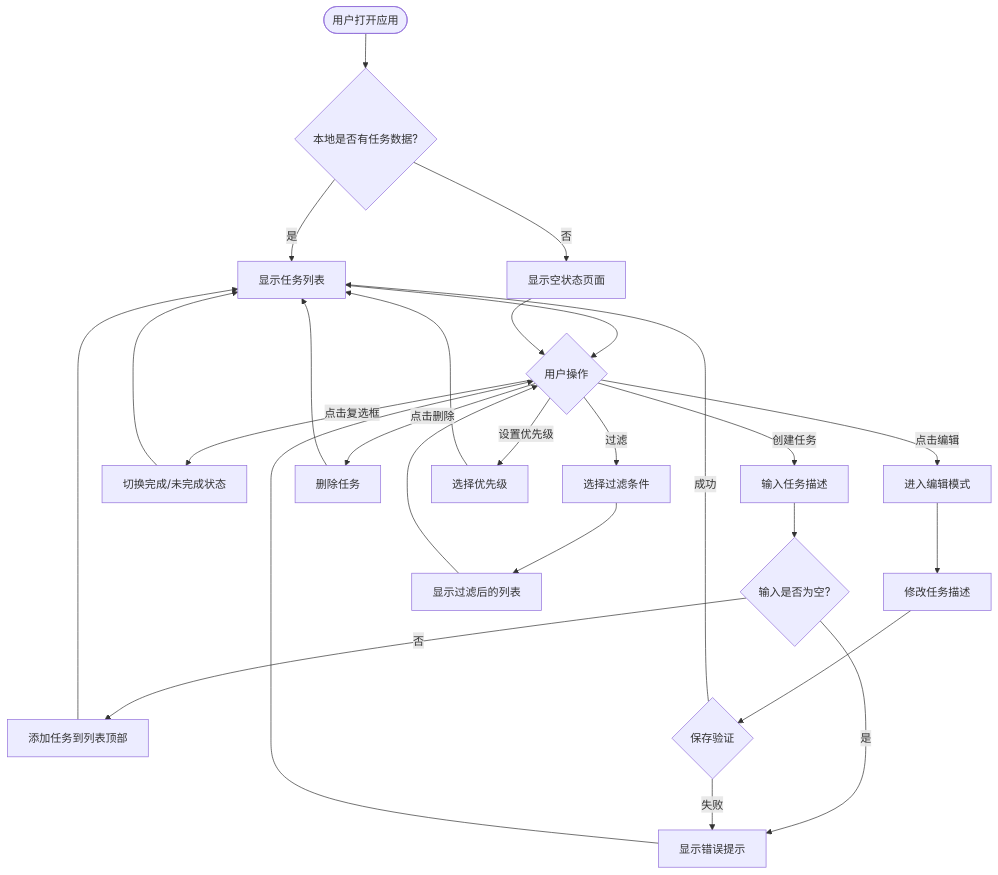
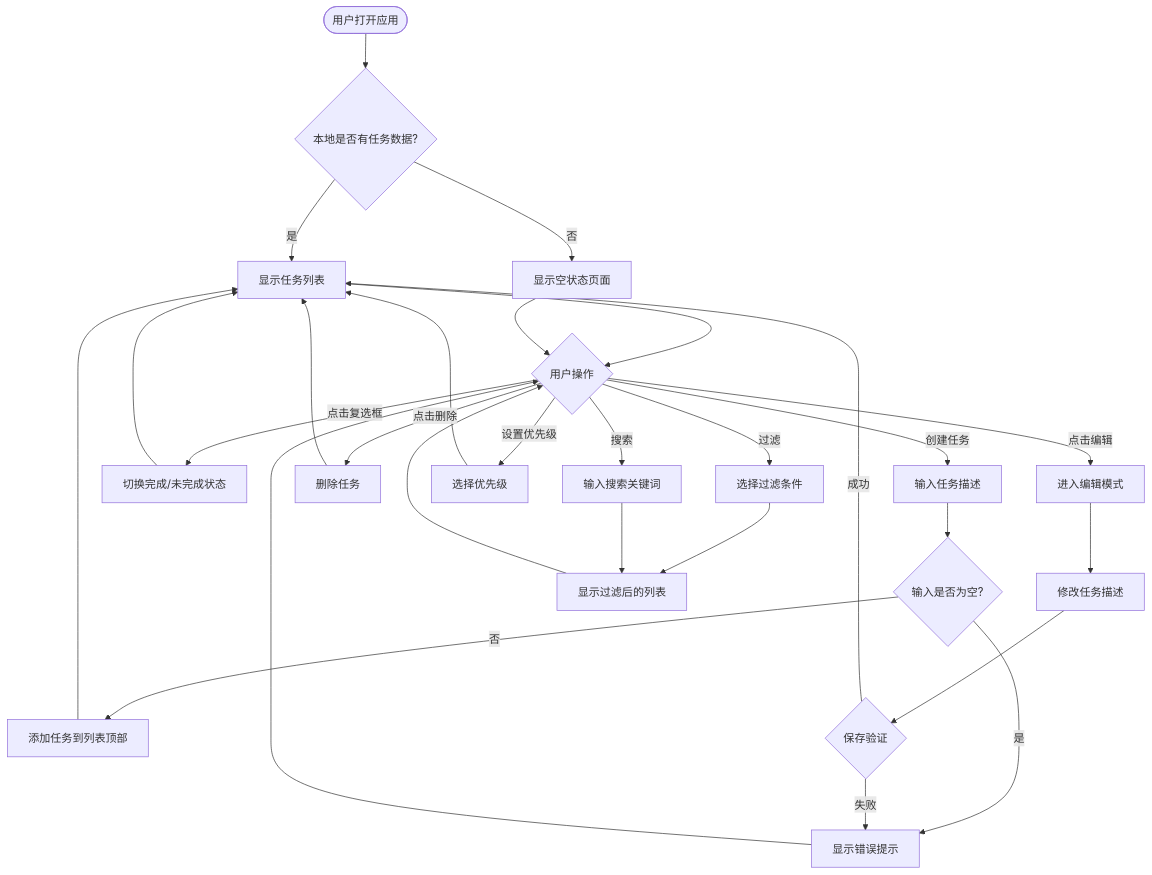
One commit to vibe-coding-101/001to-do-list changed the diagram in docs/ux-ui-designer/design-spec.md. Above: the diagram before and after it, drawn with Mermaid. The commit also changed other lines of this file and 27 other files, not shown here.

````diff
--- a/docs/ux-ui-designer/design-spec.md
+++ b/docs/ux-ui-designer/design-spec.md
@@ -11,35 +12,38 @@
 ```mermaid
 flowchart TD
     Start([用户打开应用]) --> Load{本地是否有任务数据?}
     Load -->|是| ShowTasks[显示任务列表]
     Load -->|否| ShowEmpty[显示空状态页面]
 
     ShowTasks --> MainView{用户操作}
     ShowEmpty --> MainView
 
     MainView -->|创建任务| InputTask[输入任务描述]
     InputTask --> Validate{输入是否为空?}
     Validate -->|否| AddTask[添加任务到列表顶部]
     Validate -->|是| ShowError[显示错误提示]
     AddTask --> ShowTasks
     ShowError --> MainView
 
     MainView -->|点击复选框| ToggleStatus[切换完成/未完成状态]
     ToggleStatus --> ShowTasks
 
     MainView -->|点击编辑| EditMode[进入编辑模式]
     EditMode --> Modify[修改任务描述]
     Modify --> SaveEdit{保存验证}
     SaveEdit -->|成功| ShowTasks
     SaveEdit -->|失败| ShowError
 
     MainView -->|点击删除| DeleteConfirm[删除任务]
     DeleteConfirm --> ShowTasks
 
     MainView -->|过滤| Filter[选择过滤条件]
     Filter --> ShowFiltered[显示过滤后的列表]
     ShowFiltered --> MainView
 
     MainView -->|设置优先级| SetPriority[选择优先级]
     SetPriority --> ShowTasks
+
+    MainView -->|搜索| Search[输入搜索关键词]
+    Search --> ShowFiltered
 ```
````
